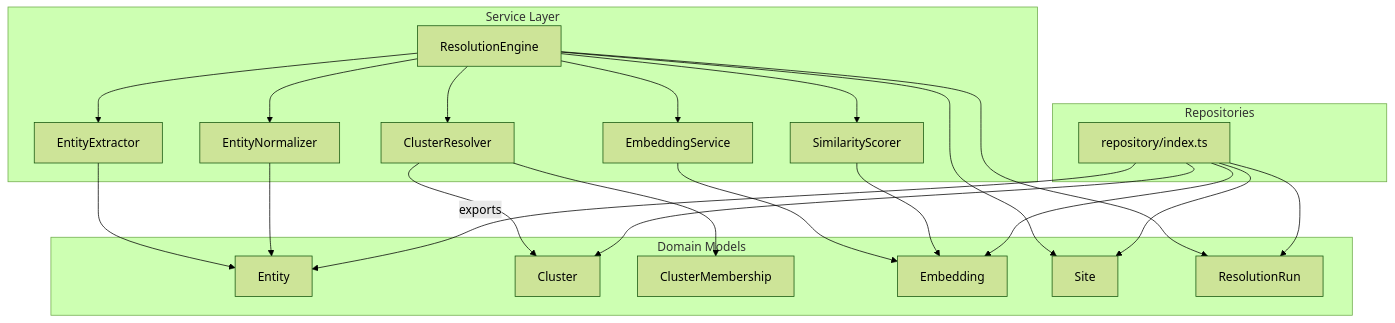
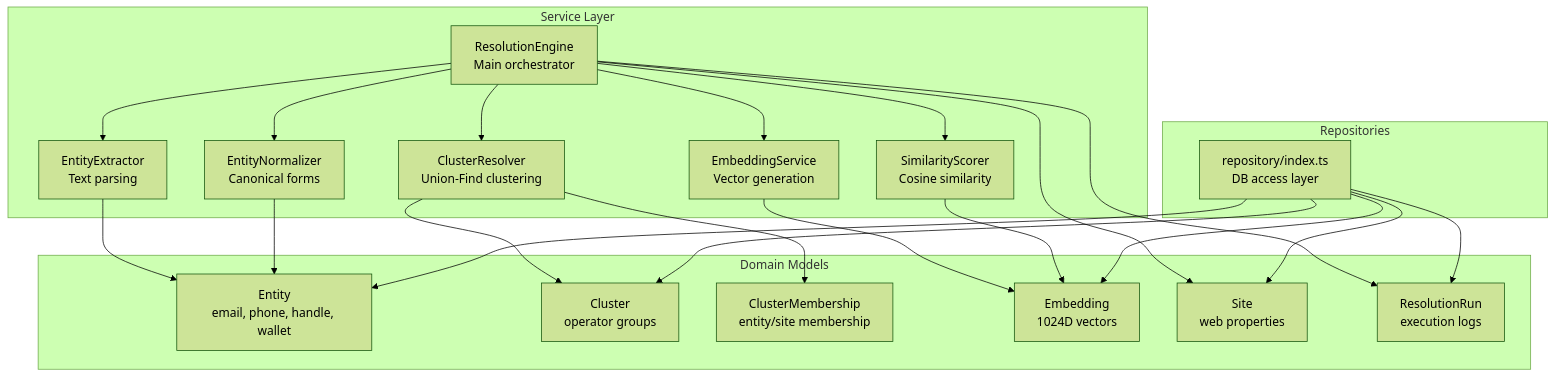
One commit to vishnusaibhosekar/ares changed the first of 3 diagrams in .qoder/repowiki/en/content/Core Services/Core Services.md. Above: the diagram before and after it, drawn with Mermaid (forest theme). The commit also changed other lines of this file and 21 other files, not shown here.

````diff
--- a/.qoder/repowiki/en/content/Core Services/Core Services.md
+++ b/.qoder/repowiki/en/content/Core Services/Core Services.md
@@ -38,40 +46,40 @@
 ```mermaid
 graph TB
 subgraph "Service Layer"
-RE["ResolutionEngine"]
-EE["EntityExtractor"]
-EN["EntityNormalizer"]
-ES["EmbeddingService"]
-SS["SimilarityScorer"]
-CR["ClusterResolver"]
+RE["ResolutionEngine<br/>Main orchestrator"]
+EE["EntityExtractor<br/>Text parsing"]
+EN["EntityNormalizer<br/>Canonical forms"]
+ES["EmbeddingService<br/>Vector generation"]
+SS["SimilarityScorer<br/>Cosine similarity"]
+CR["ClusterResolver<br/>Union-Find clustering"]
 end
 subgraph "Domain Models"
-M_Entity["Entity"]
-M_Cluster["Cluster"]
-M_Membership["ClusterMembership"]
-M_Embedding["Embedding"]
-M_Site["Site"]
-M_Run["ResolutionRun"]
+M_Entity["Entity<br/>email, phone, handle, wallet"]
+M_Cluster["Cluster<br/>operator groups"]
+M_Membership["ClusterMembership<br/>entity/site membership"]
+M_Embedding["Embedding<br/>1024D vectors"]
+M_Site["Site<br/>web properties"]
+M_Run["ResolutionRun<br/>execution logs"]
 end
 subgraph "Repositories"
-R_Index["repository/index.ts"]
+R_Index["repository/index.ts<br/>DB access layer"]
 end
 RE --> EE
 RE --> EN
 RE --> ES
 RE --> SS
 RE --> CR
 EE --> M_Entity
 EN --> M_Entity
 ES --> M_Embedding
 SS --> M_Embedding
 CR --> M_Cluster
 CR --> M_Membership
 RE --> M_Run
 RE --> M_Site
-R_Index --> |"exports"| M_Entity
+R_Index --> M_Entity
 R_Index --> M_Cluster
 R_Index --> M_Embedding
 R_Index --> M_Site
 R_Index --> M_Run
 ```
````
